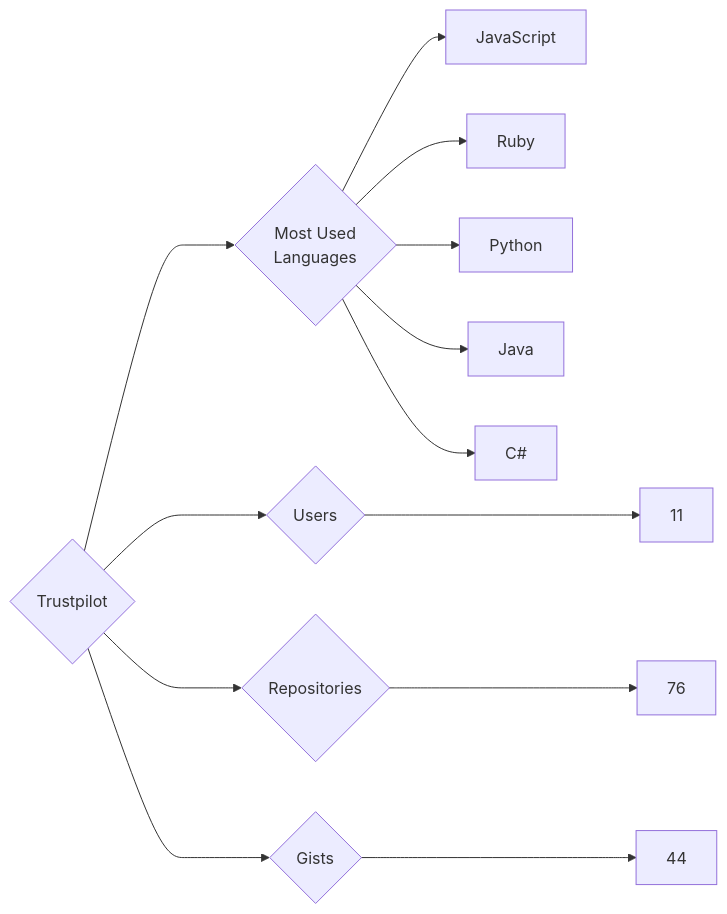
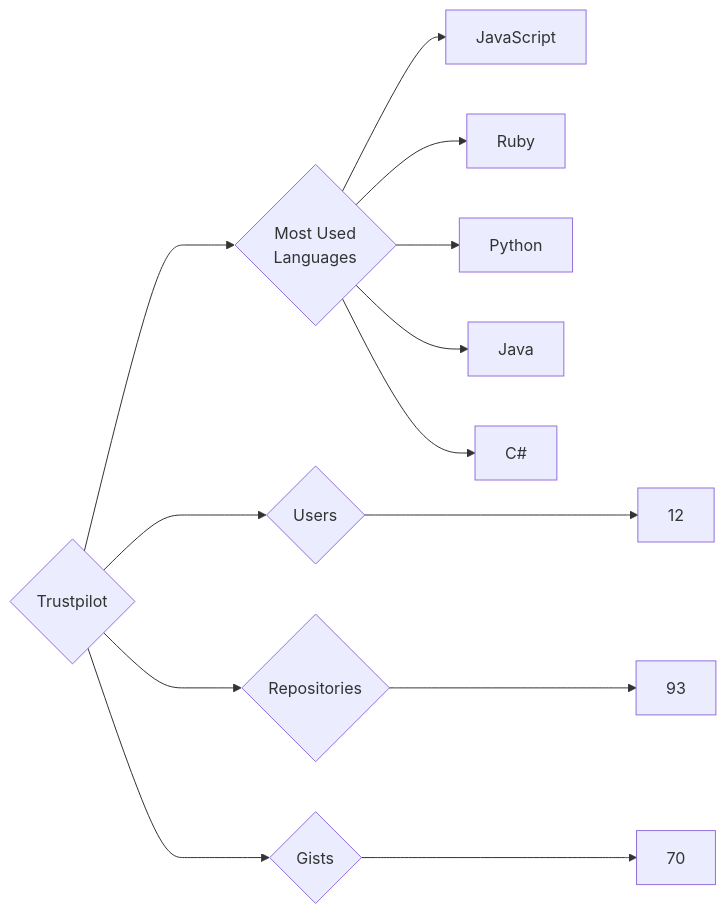
The diagram in targets/Trustpilot/README.md (trickest/insiders), drawn with Mermaid before and after one commit. The commit also changed 995 other files, not shown here.

````diff
--- a/targets/Trustpilot/README.md
+++ b/targets/Trustpilot/README.md
@@ -3,13 +3,13 @@
 ```mermaid
 graph LR
 COMPANY_NAME{Trustpilot}
-COMPANY_NAME ---> U{Users} ---> UN[11]
-COMPANY_NAME ---> R{Repositories} ---> RN[76]
-COMPANY_NAME ---> G{Gists} ---> GN[44]
+COMPANY_NAME ---> U{Users} ---> UN[12]
+COMPANY_NAME ---> R{Repositories} ---> RN[93]
+COMPANY_NAME ---> G{Gists} ---> GN[70]
 COMPANY_NAME ---> ML{Most Used<br>Languages}
 ML --> JavaScript[JavaScript]
 ML --> Ruby[Ruby]
 ML --> Python[Python]
 ML --> Java[Java]
 ML --> C#[C#]
 ```
````
